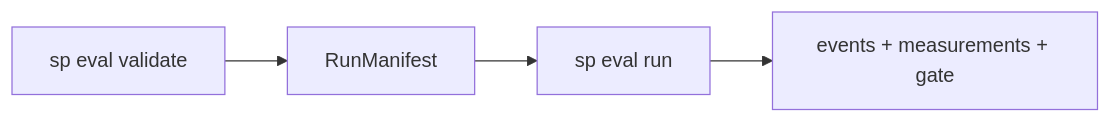
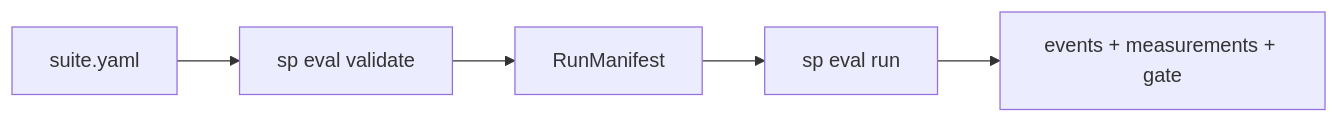
The first of 2 diagrams in en/evaluation/getting-started.md (softprobe/document-website), drawn with Mermaid before and after one commit. The commit also changed other lines of this file and 14 other files, not shown here.

````diff
--- a/en/evaluation/getting-started.md
+++ b/en/evaluation/getting-started.md
@@ -17,8 +16,9 @@
 ```mermaid
 flowchart LR
+  Suite[suite.yaml]
   V[sp eval validate]
   M[RunManifest]
   R[sp eval run]
   Out[events + measurements + gate]
-  V --> M --> R --> Out
+  Suite --> V --> M --> R --> Out
 ```
````
